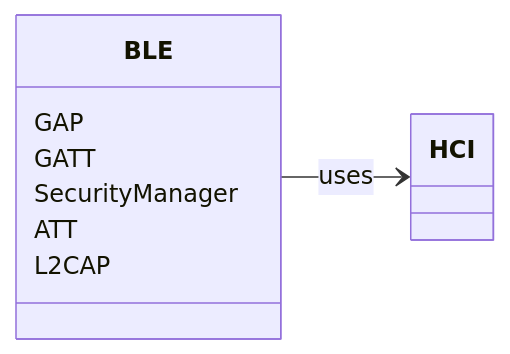
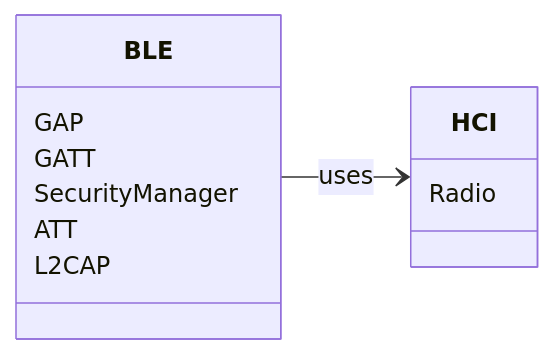
One commit to redengin/embedded-ble changed the diagram in README.md. Above: the diagram before and after it, drawn with Mermaid.

Commit message:
adding radio

````diff
--- a/README.md
+++ b/README.md
@@ -5,15 +5,17 @@
 ```mermaid
 classDiagram
     direction LR
     class BLE {
         GAP
         GATT
         SecurityManager
         ATT
         L2CAP
     }
 
-    class HCI
+    class HCI {
+        Radio
+    }
 
     BLE --> HCI : uses
 ```
````
